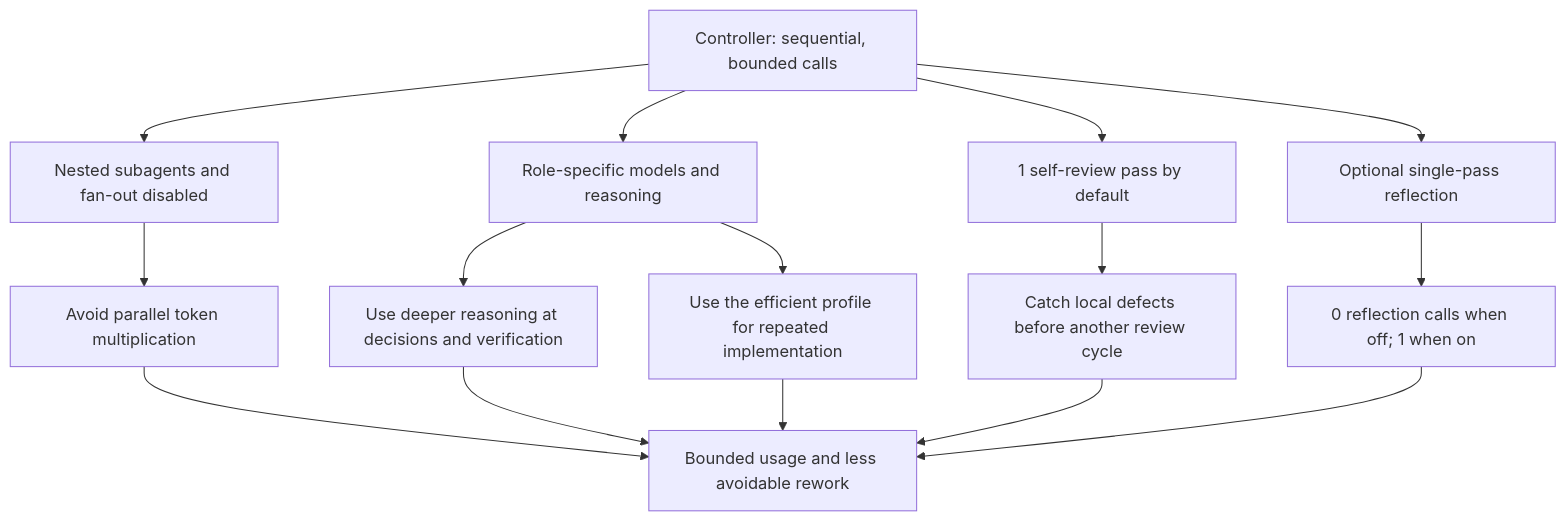
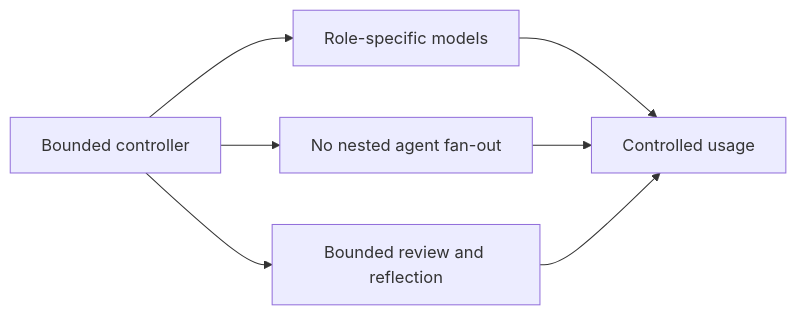
Before and after one commit to ngelik/brain-hands: the second of 3 diagrams in README.md, drawn with Mermaid. The commit also changed other lines of this file, not shown here.

````diff
--- a/README.md
+++ b/README.md
@@ -119,17 +70,9 @@
 ```mermaid
-flowchart TD
-    C["Controller: sequential, bounded calls"] --> A["Nested subagents and fan-out disabled"]
-    C --> M["Role-specific models and reasoning"]
-    C --> S["1 self-review pass by default"]
-    C --> R["Optional single-pass reflection"]
-    A --> A1["Avoid parallel token multiplication"]
-    M --> M1["Use deeper reasoning at decisions and verification"]
-    M --> M2["Use the efficient profile for repeated implementation"]
-    S --> S1["Catch local defects before another review cycle"]
-    R --> R1["0 reflection calls when off; 1 when on"]
-    A1 --> O["Bounded usage and less avoidable rework"]
-    M1 --> O
-    M2 --> O
-    S1 --> O
-    R1 --> O
+flowchart LR
+    C["Bounded controller"] --> M["Role-specific models"]
+    C --> N["No nested agent fan-out"]
+    C --> Q["Bounded review and reflection"]
+    M --> O["Controlled usage"]
+    N --> O
+    Q --> O
 ```
````
